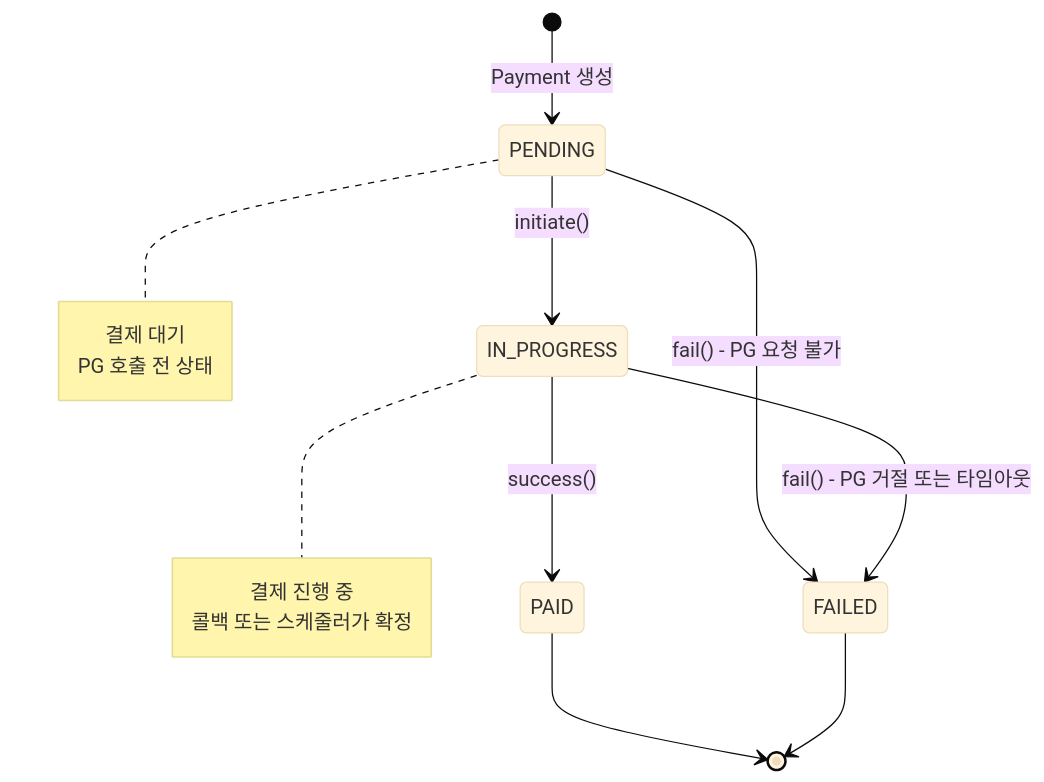
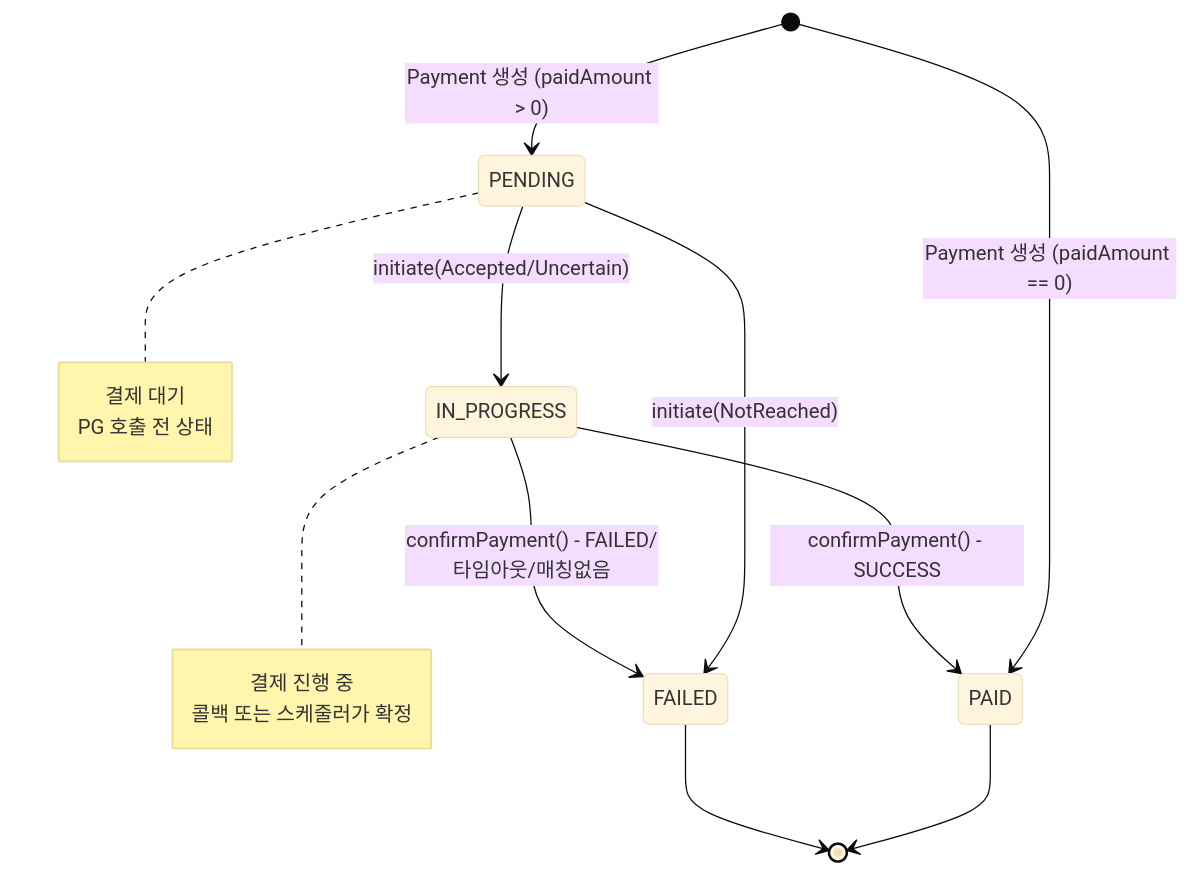
Before and after one commit to Loopers-dev-lab/loopers-spring-kotlin-template: the third of 7 diagrams in docs/week6/도메인_모델링_문서_PG연동.md, drawn with Mermaid (base theme). The commit also changed other lines of this file and 1 other file, not shown here.

Commit message:
refactor(payment): 문서 변경

````diff
--- a/docs/week6/도메인_모델링_문서_PG연동.md
+++ b/docs/week6/도메인_모델링_문서_PG연동.md
@@ -228,23 +257,19 @@
 ```mermaid
 stateDiagram-v2
-    [*] --> PENDING: Payment 생성
-    
-    PENDING --> IN_PROGRESS: initiate()
-    PENDING --> FAILED: fail() - PG 요청 불가
-    
-    IN_PROGRESS --> PAID: success()
-    IN_PROGRESS --> FAILED: fail() - PG 거절 또는 타임아웃
-    
+    [*] --> PENDING: Payment 생성 (paidAmount > 0)
+    [*] --> PAID: Payment 생성 (paidAmount == 0)
+    PENDING --> IN_PROGRESS: initiate(Accepted/Uncertain)
+    PENDING --> FAILED: initiate(NotReached)
+    IN_PROGRESS --> PAID: confirmPayment() - SUCCESS
+    IN_PROGRESS --> FAILED: confirmPayment() - FAILED/타임아웃/매칭없음
     PAID --> [*]
     FAILED --> [*]
-    
     note right of PENDING
         결제 대기
         PG 호출 전 상태
     end note
-    
     note right of IN_PROGRESS
         결제 진행 중
         콜백 또는 스케줄러가 확정
     end note
 ```
````
